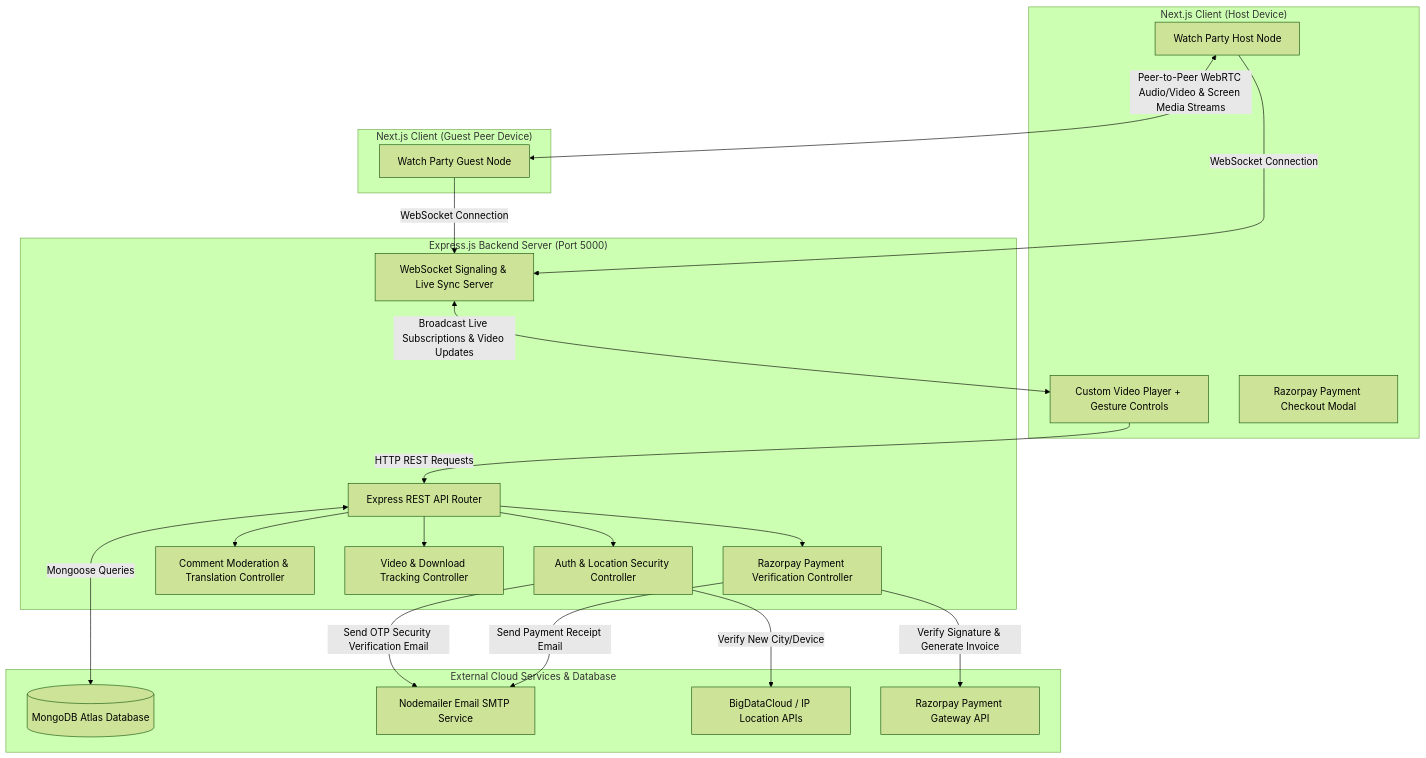
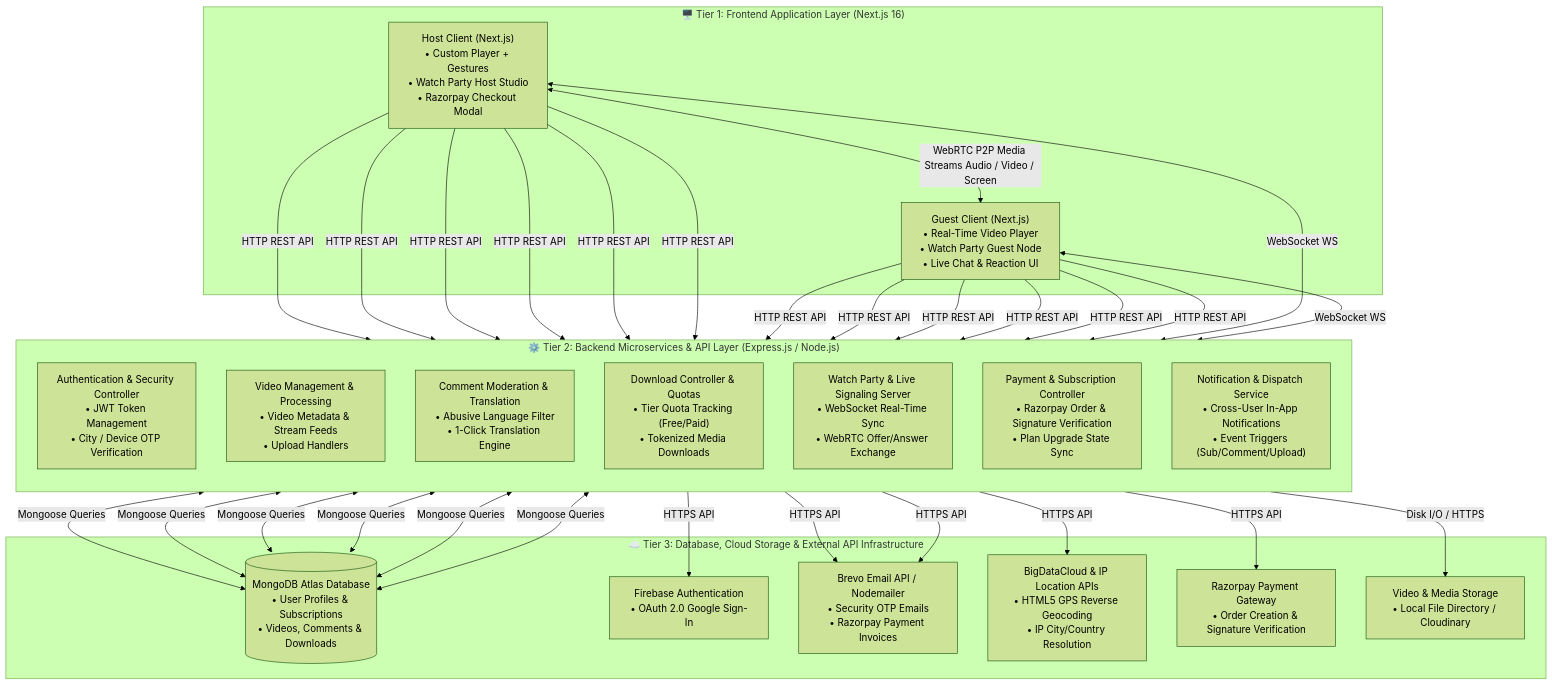
One commit to Srimanikanta2006/My-YouTube changed the diagram in README.md. Above: the diagram before and after it, drawn with Mermaid (forest theme). The commit also changed other lines of this file, not shown here.

Commit message:
Refactor README architecture diagram into professional 3-tier structure, add Firebase Auth, Brevo Email API, Notification & Video Storage services, and remove bugs.md mentions

````diff
--- a/README.md
+++ b/README.md
@@ -114,42 +115,55 @@
 ```mermaid
 flowchart TD
-  subgraph Client_Host ["Next.js Client (Host Device)"]
-    A1[Custom Video Player + Gesture Controls]
-    A2[Watch Party Host Node]
-    A3[Razorpay Payment Checkout Modal]
+  %% Layer 1: Frontend Clients
+  subgraph Tier1 ["🖥️ Tier 1: Frontend Application Layer (Next.js 16)"]
+    ClientHost["Host Client (Next.js)\n• Custom Player + Gestures\n• Watch Party Host Studio\n• Razorpay Checkout Modal"]
+    ClientGuest["Guest Client (Next.js)\n• Real-Time Video Player\n• Watch Party Guest Node\n• Live Chat & Reaction UI"]
   end
 
-  subgraph Client_Peer ["Next.js Client (Guest Peer Device)"]
-    P2[Watch Party Guest Node]
+  %% Layer 2: Express Backend Services
+  subgraph Tier2 ["⚙️ Tier 2: Backend Microservices & API Layer (Express.js / Node.js)"]
+    direction TB
+    AuthService["Authentication & Security Controller\n• JWT Token Management\n• City / Device OTP Verification"]
+    VideoService["Video Management & Processing\n• Video Metadata & Stream Feeds\n• Upload Handlers"]
+    CommentService["Comment Moderation & Translation\n• Abusive Language Filter\n• 1-Click Translation Engine"]
+    DownloadService["Download Controller & Quotas\n• Tier Quota Tracking (Free/Paid)\n• Tokenized Media Downloads"]
+    SignalingService["Watch Party & Live Signaling Server\n• WebSocket Real-Time Sync\n• WebRTC Offer/Answer Exchange"]
+    PaymentService["Payment & Subscription Controller\n• Razorpay Order & Signature Verification\n• Plan Upgrade State Sync"]
+    NotificationService["Notification & Dispatch Service\n• Cross-User In-App Notifications\n• Event Triggers (Sub/Comment/Upload)"]
   end
 
-  subgraph Server ["Express.js Backend Server (Port 5000)"]
-    B[Express REST API Router]
-    C[WebSocket Signaling & Live Sync Server]
-    D[Auth & Location Security Controller]
-    E[Comment Moderation & Translation Controller]
-    F[Video & Download Tracking Controller]
-    G[Razorpay Payment Verification Controller]
+  %% Layer 3: External Services & Database Storage
+  subgraph Tier3 ["☁️ Tier 3: Database, Cloud Storage & External API Infrastructure"]
+    MongoDB[("MongoDB Atlas Database\n• User Profiles & Subscriptions\n• Videos, Comments & Downloads")]
+    Firebase["Firebase Authentication\n• OAuth 2.0 Google Sign-In"]
+    BrevoEmail["Brevo Email API / Nodemailer\n• Security OTP Emails\n• Razorpay Payment Invoices"]
+    LocationAPI["BigDataCloud & IP Location APIs\n• HTML5 GPS Reverse Geocoding\n• IP City/Country Resolution"]
+    RazorpayAPI["Razorpay Payment Gateway\n• Order Creation & Signature Verification"]
+    MediaStorage["Video & Media Storage\n• Local File Directory / Cloudinary"]
   end
 
-  subgraph External ["External Cloud Services & Database"]
-    H[(MongoDB Atlas Database)]
-    I[Nodemailer Email SMTP Service]
-    J[BigDataCloud / IP Location APIs]
-    K[Razorpay Payment Gateway API]
-  end
+  %% Connections between Tier 1 and Tier 2
+  ClientHost -->|HTTP REST API| AuthService & VideoService & CommentService & DownloadService & PaymentService & NotificationService
+  ClientGuest -->|HTTP REST API| AuthService & VideoService & CommentService & DownloadService & PaymentService & NotificationService
 
-  A1 -->|HTTP REST Requests| B
-  A2 -->|WebSocket Connection| C
-  P2 -->|WebSocket Connection| C
-  A2 <-->|Peer-to-Peer WebRTC Audio/Video & Screen Media Streams| P2
-  
-  B --> D & E & F & G
-  D -->|Verify New City/Device| J
-  D -->|Send OTP Security Verification Email| I
-  G -->|Verify Signature & Generate Invoice| K
-  G -->|Send Payment Receipt Email| I
-  
-  B <-->|Mongoose Queries| H
-  C <-->|Broadcast Live Subscriptions & Video Updates| A1
+  ClientHost <-->|WebSocket WS| SignalingService
+  ClientGuest <-->|WebSocket WS| SignalingService
+
+  %% Direct P2P WebRTC Connection between Clients
+  ClientHost <-->|WebRTC P2P Media Streams Audio / Video / Screen| ClientGuest
+
+  %% Connections between Tier 2 and Tier 3
+  AuthService <-->|Mongoose Queries| MongoDB
+  VideoService <-->|Mongoose Queries| MongoDB
+  CommentService <-->|Mongoose Queries| MongoDB
+  DownloadService <-->|Mongoose Queries| MongoDB
+  PaymentService <-->|Mongoose Queries| MongoDB
+  NotificationService <-->|Mongoose Queries| MongoDB
+
+  AuthService -->|HTTPS API| Firebase
+  AuthService -->|HTTPS API| LocationAPI
+  AuthService -->|HTTPS API| BrevoEmail
+  PaymentService -->|HTTPS API| RazorpayAPI
+  PaymentService -->|HTTPS API| BrevoEmail
+  VideoService -->|Disk I/O / HTTPS| MediaStorage
 ```
````
